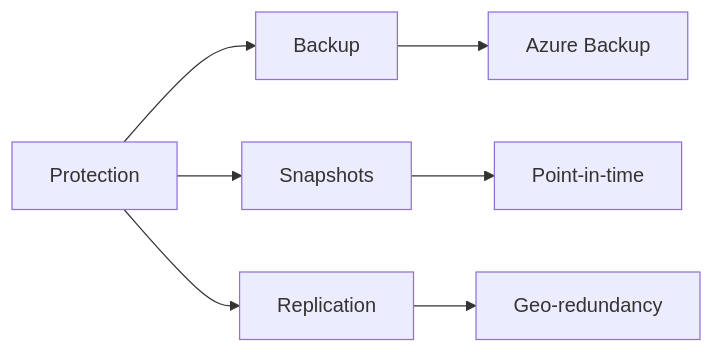
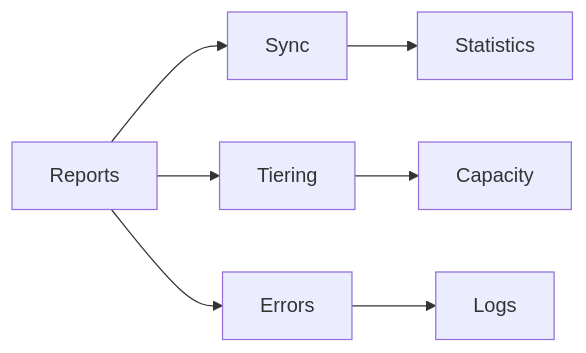
Before and after one commit to saravanakumarrc/Architecture_Journey: the ninth of 16 diagrams in src/azure/az-104/File_Sync.md, drawn with Mermaid. The commit also changed other lines of this file and 9 other files, not shown here.

Commit message:
Add comprehensive documentation for Azure services including Metric Charts, Azure Stack, Cloud-Init, Recovery Services Vault, Traffic Manager, and VNet Gateway with detailed diagrams and best practices.

````diff
--- a/src/azure/az-104/File_Sync.md
+++ b/src/azure/az-104/File_Sync.md
@@ -155,10 +147,10 @@
 ```mermaid
 graph LR
-    A[Protection] --> B[Backup]
-    A --> C[Snapshots]
-    A --> D[Replication]
+    A[Reports] --> B[Sync]
+    A --> C[Tiering]
+    A --> D[Errors]
     
-    B --> E[Azure Backup]
-    C --> F[Point-in-time]
-    D --> G[Geo-redundancy]
+    B --> E[Statistics]
+    C --> F[Capacity]
+    D --> G[Logs]
 ```
````
